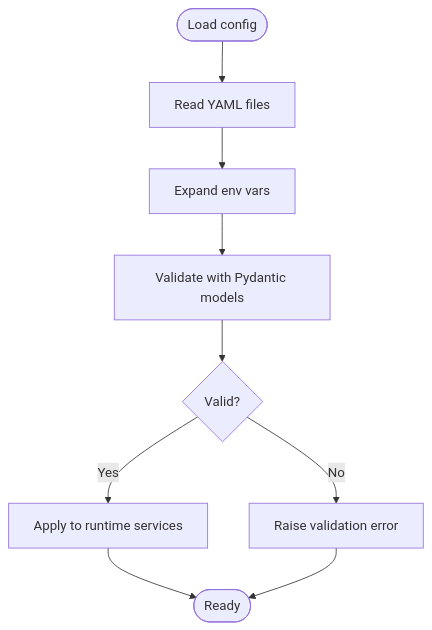
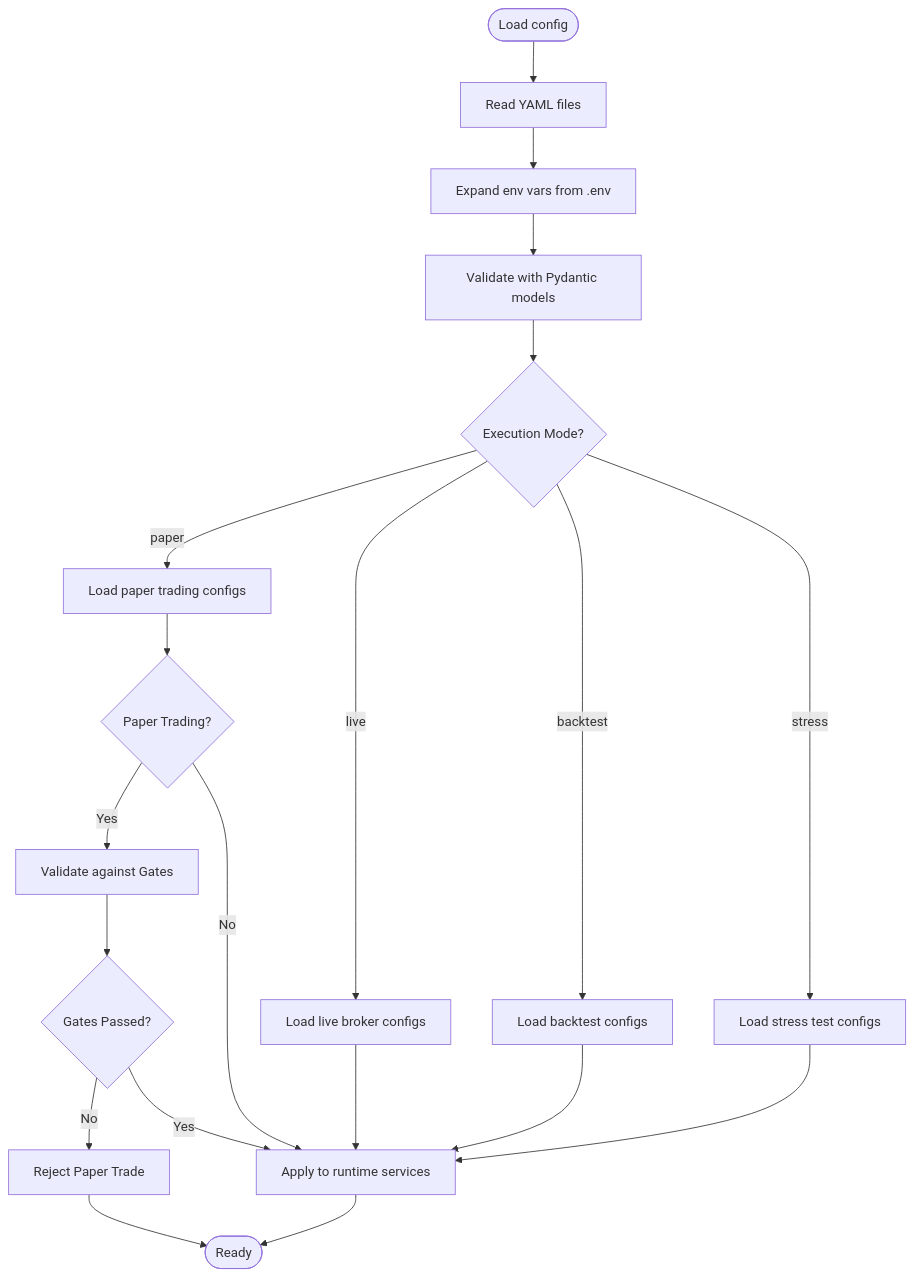
One commit to guofeng201507/shark-quant-trader changed the third of 7 diagrams in .qoder/repowiki/en/content/Configuration and Deployment.md. Above: the diagram before and after it, drawn with Mermaid. The commit also changed other lines of this file and 14 other files, not shown here.

````diff
--- a/.qoder/repowiki/en/content/Configuration and Deployment.md
+++ b/.qoder/repowiki/en/content/Configuration and Deployment.md
@@ -155,11 +219,22 @@
 ```mermaid
 flowchart TD
 Start(["Load config"]) --> ReadYAML["Read YAML files"]
-ReadYAML --> EnvSub["Expand env vars"]
+ReadYAML --> EnvSub["Expand env vars from .env"]
 EnvSub --> Validate["Validate with Pydantic models"]
-Validate --> OK{"Valid?"}
-OK --> |Yes| Apply["Apply to runtime services"]
-OK --> |No| Fail["Raise validation error"]
+Validate --> ModeCheck{"Execution Mode?"}
+ModeCheck --> |paper| PaperConfig["Load paper trading configs"]
+ModeCheck --> |live| LiveConfig["Load live broker configs"]
+ModeCheck --> |backtest| BTConfig["Load backtest configs"]
+ModeCheck --> |stress| STConfig["Load stress test configs"]
+PaperConfig --> PGCheck{"Paper Trading?"}
+PGCheck --> |Yes| PGValidate["Validate against Gates"]
+PGCheck --> |No| Apply["Apply to runtime services"]
+LiveConfig --> Apply
+BTConfig --> Apply
+STConfig --> Apply
+PGValidate --> PGPass{"Gates Passed?"}
+PGPass --> |No| PGFail["Reject Paper Trade"]
+PGPass --> |Yes| Apply
 Apply --> End(["Ready"])
-Fail --> End
+PGFail --> End
 ```
````
